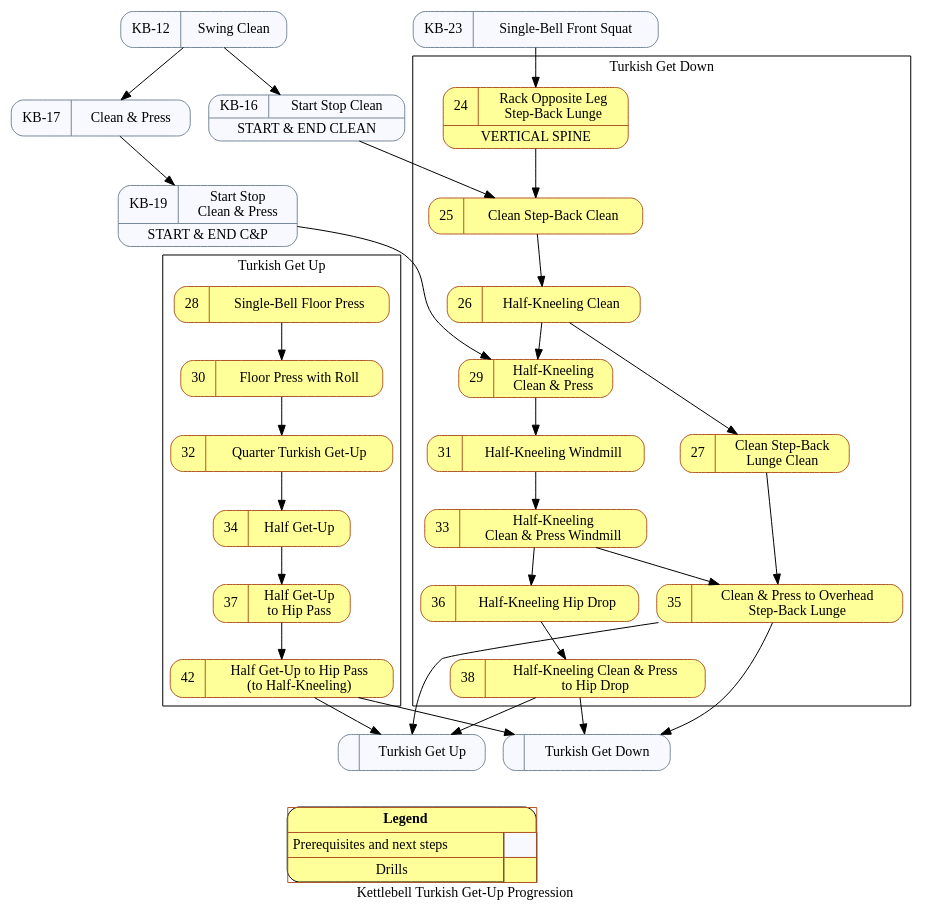
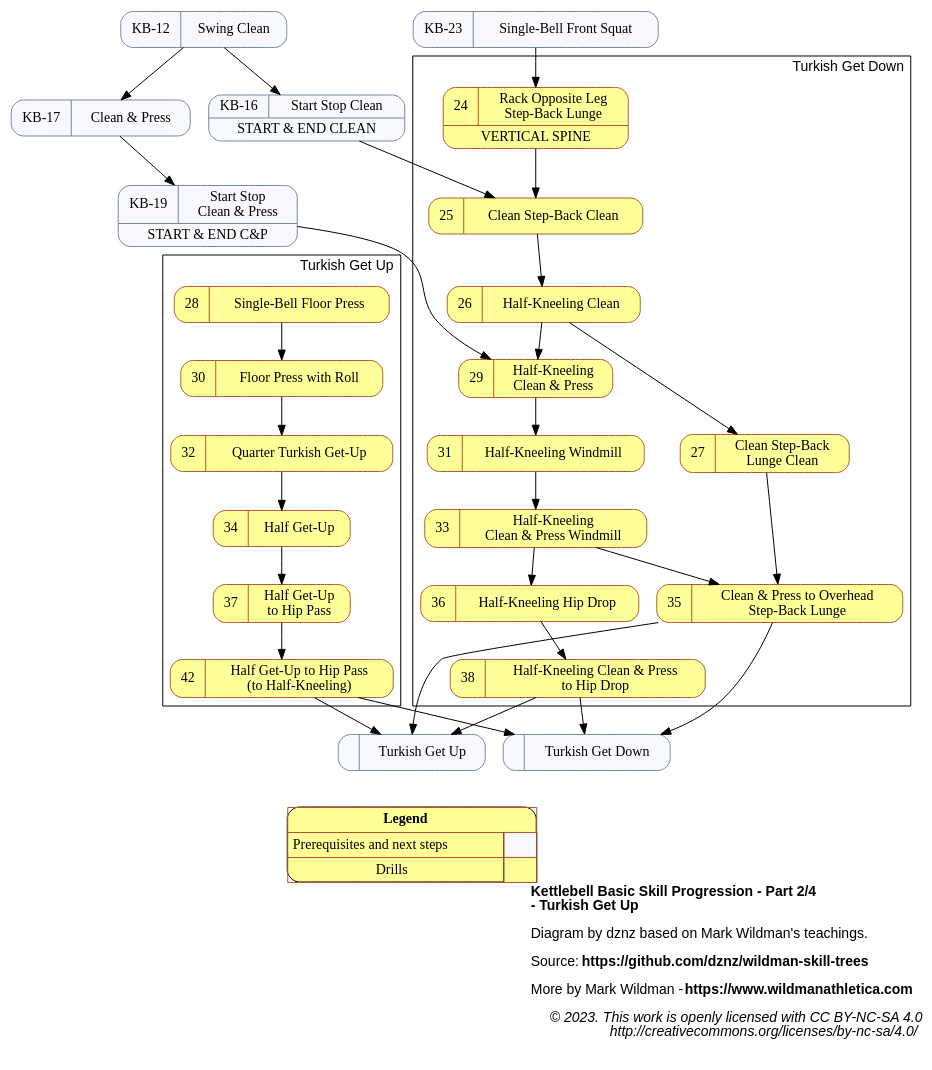
One commit to dznz/wildman-skill-trees changed the diagram in src/kb/kb_progression_2_tgu.gv. Above: the diagram before and after it, drawn with Graphviz. The commit also changed 9 other files, not shown here.

```diff
--- a/src/kb/kb_progression_2_tgu.gv
+++ b/src/kb/kb_progression_2_tgu.gv
@@ -1,104 +1,114 @@
 digraph kb_progression {
-  // Kettlebell Turkish Get-Up Progression Diagram © 2023
-  // by dznz using knowledge from Mark Wildman is licensed
-  // under CC BY-NC-SA 4.0 
-  // http://creativecommons.org/licenses/by-nc-sa/4.0/
-  label="Kettlebell Turkish Get-Up Progression"
+
+  label=<
+<B>Kettlebell Basic Skill Progression - Part 2/4<BR ALIGN="LEFT"/>
+- Turkish Get Up</B><BR ALIGN="LEFT"/><BR ALIGN="LEFT"/>
+Diagram by dznz based on Mark Wildman's teachings.<BR ALIGN="LEFT"/><BR ALIGN="LEFT"/>
+Source: <B>https://github.com/dznz/wildman-skill-trees</B><BR ALIGN="LEFT"/><BR ALIGN="LEFT"/>
+More by Mark Wildman - <B>https://www.wildmanathletica.com</B><BR ALIGN="LEFT"/><BR ALIGN="LEFT"/>
+<I>
+© 2023. This work is openly licensed with CC BY-NC-SA 4.0<BR ALIGN="RIGHT"/>
+http://creativecommons.org/licenses/by-nc-sa/4.0/<BR ALIGN="RIGHT"/>
+</I>
+  >
+  graph [labeljust=r]
+  graph [fontname="Helvetica,Arial,sans-serif"]
+
   node [colorscheme="paired12"]
   node [shape=record]
   node [style="rounded,filled"]
   node [color=12, fillcolor=11]
 
   subgraph pre {
     node [color=lightslategrey, fillcolor=ghostwhite]
     mov_racksquat
     mov_cap, mov_startstopcap
     mov_clean, mov_startstopclean
 
     // Implied
     mov_tgd [label="{{|Turkish Get Down}}"]
     mov_tgu [label="{{|Turkish Get Up}}"]
   }
   
   // Precursor drills 
   mov_clean [label="KB-12|Swing Clean" URL="https://www.youtube.com/watch?v=_nIsSXWs5iU&list=PLk4oYPJ7TXKhX8YqA2AVrfgs_pEF6p7KA&index=12"]
   mov_startstopclean [label="{{KB-16|Start Stop Clean}|START & END CLEAN}" URL="https://www.youtube.com/watch?v=XbK3jxI0WNQ&list=PLk4oYPJ7TXKhX8YqA2AVrfgs_pEF6p7KA&index=16"]
   mov_cap [label="KB-17|Clean & Press" URL="https://www.youtube.com/watch?v=SSxB3m5qRas&list=PLk4oYPJ7TXKhX8YqA2AVrfgs_pEF6p7KA&index=17"]
   mov_startstopcap [label="{{KB-19|Start Stop\nClean & Press}|START & END C&P}" URL="https://www.youtube.com/watch?v=dSj3kqbuois&list=PLk4oYPJ7TXKhX8YqA2AVrfgs_pEF6p7KA&index=19"]
 
   mov_racksquat [label="{{KB-23|Single-Bell Front Squat}}" URL="https://www.youtube.com/watch?v=KTDVl0Lkdc4&list=PLk4oYPJ7TXKhX8YqA2AVrfgs_pEF6p7KA&index=23"]
 
   mov_racklunge [label="{{24|Rack Opposite Leg\nStep-Back Lunge}|VERTICAL SPINE}" URL="https://www.youtube.com/watch?v=KTDVl0Lkdc4&list=PLk4oYPJ7TXKhX8YqA2AVrfgs_pEF6p7KA&index=24"]
   mov_clean2sblunge [label="{{25|Clean Step-Back Clean}}" URL="https://www.youtube.com/watch?v=KTDVl0Lkdc4&list=PLk4oYPJ7TXKhX8YqA2AVrfgs_pEF6p7KA&index=25"]
   mov_halfkneelclean [label="{{26|Half-Kneeling Clean}}" URL="https://www.youtube.com/watch?v=KTDVl0Lkdc4&list=PLk4oYPJ7TXKhX8YqA2AVrfgs_pEF6p7KA&index=26"]
   mov_cleansblungeclean [label="{{27|Clean Step-Back\nLunge Clean}}" URL="https://www.youtube.com/watch?v=KTDVl0Lkdc4&list=PLk4oYPJ7TXKhX8YqA2AVrfgs_pEF6p7KA&index=27"]
   mov_floorpress [label="{{28|Single-Bell Floor Press}}" URL="https://www.youtube.com/watch?v=KTDVl0Lkdc4&list=PLk4oYPJ7TXKhX8YqA2AVrfgs_pEF6p7KA&index=28"]
   mov_halfkneelcap [label="{{29|Half-Kneeling\nClean & Press}}" URL="https://www.youtube.com/watch?v=KTDVl0Lkdc4&list=PLk4oYPJ7TXKhX8YqA2AVrfgs_pEF6p7KA&index=29"]
   mov_floorpressroll [label="{{30|Floor Press with Roll}}" URL="https://www.youtube.com/watch?v=KTDVl0Lkdc4&list=PLk4oYPJ7TXKhX8YqA2AVrfgs_pEF6p7KA&index=30"]
   mov_kneelwindmill [label="{{31|Half-Kneeling Windmill}}" URL="https://www.youtube.com/watch?v=KTDVl0Lkdc4&list=PLk4oYPJ7TXKhX8YqA2AVrfgs_pEF6p7KA&index=31"]
   mov_quartgu [label="{{32|Quarter Turkish Get-Up}}" URL="https://www.youtube.com/watch?v=KTDVl0Lkdc4&list=PLk4oYPJ7TXKhX8YqA2AVrfgs_pEF6p7KA&index=32"]
   mov_kneelcapwindmill [label="{{33|Half-Kneeling\nClean & Press Windmill}}" URL="https://www.youtube.com/watch?v=KTDVl0Lkdc4&list=PLk4oYPJ7TXKhX8YqA2AVrfgs_pEF6p7KA&index=34"]
   mov_halfgu [label="{{34|Half Get-Up}}" URL="https://www.youtube.com/watch?v=KTDVl0Lkdc4&list=PLk4oYPJ7TXKhX8YqA2AVrfgs_pEF6p7KA&index=35"]
   mov_cap2ohsblunge [label="{{35|Clean & Press to Overhead\nStep-Back Lunge}}" URL="https://www.youtube.com/watch?v=KTDVl0Lkdc4&list=PLk4oYPJ7TXKhX8YqA2AVrfgs_pEF6p7KA&index=37"]
   mov_kneelhipdrop [label="{{36|Half-Kneeling Hip Drop}}" URL="https://www.youtube.com/watch?v=KTDVl0Lkdc4&list=PLk4oYPJ7TXKhX8YqA2AVrfgs_pEF6p7KA&index=38"]
   mov_halfgu2hip [label="{{37|Half Get-Up\nto Hip Pass}}" URL="https://www.youtube.com/watch?v=KTDVl0Lkdc4&list=PLk4oYPJ7TXKhX8YqA2AVrfgs_pEF6p7KA&index=39"]
   mov_kneelcap2hip [label="{{38|Half-Kneeling Clean & Press\nto Hip Drop}}" URL="https://www.youtube.com/watch?v=KTDVl0Lkdc4&list=PLk4oYPJ7TXKhX8YqA2AVrfgs_pEF6p7KA&index=40"]
   // 42 fits better with this diagram
   mov_halfgu2kneel [label="{{42|Half Get-Up to Hip Pass\n(to Half-Kneeling)}}" URL="https://www.youtube.com/watch?v=KTDVl0Lkdc4&list=PLk4oYPJ7TXKhX8YqA2AVrfgs_pEF6p7KA&index=45"]
 
 
   // Precursor dependencies
   mov_clean -> mov_startstopclean;
   mov_clean -> mov_cap;
   mov_cap -> mov_startstopcap;
   mov_racksquat -> mov_racklunge;
   mov_startstopcap -> mov_halfkneelcap;
   mov_startstopclean -> mov_clean2sblunge;
 
   subgraph cluster_tgd {
     label="Turkish Get Down"
     mov_racklunge -> mov_clean2sblunge;
     mov_clean2sblunge -> mov_halfkneelclean;
     mov_halfkneelclean -> mov_cleansblungeclean;
     mov_halfkneelclean -> mov_halfkneelcap;
     mov_halfkneelcap -> mov_kneelwindmill;
     mov_kneelwindmill -> mov_kneelcapwindmill;
     mov_kneelcapwindmill -> mov_cap2ohsblunge;
     mov_cleansblungeclean -> mov_cap2ohsblunge;
     mov_kneelcapwindmill -> mov_kneelhipdrop;
     mov_kneelhipdrop -> mov_kneelcap2hip;
   }
 
   mov_cap2ohsblunge -> mov_tgd;
   mov_cap2ohsblunge -> mov_tgu;
   mov_kneelcap2hip -> mov_tgd;
   mov_kneelcap2hip -> mov_tgu;
   mov_halfgu2kneel -> mov_tgd;
   mov_halfgu2kneel -> mov_tgu;
 
   subgraph cluster_tgu {
     label="Turkish Get Up"
     mov_floorpress -> mov_floorpressroll;
     mov_floorpressroll -> mov_quartgu;
     mov_quartgu -> mov_halfgu;
     mov_halfgu -> mov_halfgu2hip;
     mov_halfgu2hip -> mov_halfgu2kneel;
   }
   { rank = sink;
     Legend [shape=none, margin=0, label=<
     <TABLE BORDER="0" CELLBORDER="1" CELLSPACING="0" CELLPADDING="4">
      <TR>
       <TD COLSPAN="2"><B>Legend</B></TD>
      </TR>
      <TR>
       <TD>Prerequisites and next steps</TD>
       <TD BGCOLOR="ghostwhite">&nbsp;&nbsp;&nbsp;&nbsp;&nbsp;</TD>
      </TR>
      <TR>
       <TD>Drills</TD>
       <TD BGCOLOR="11"></TD>
      </TR>
     </TABLE>
    >];
   }
 }
```
